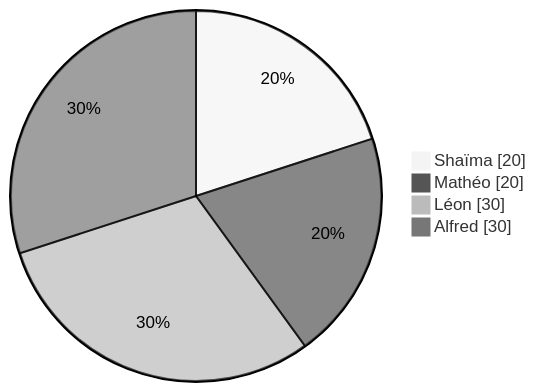
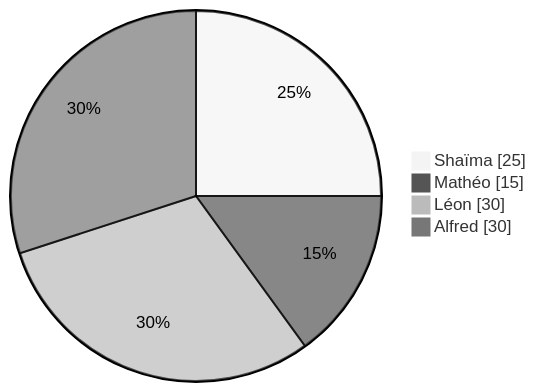
One commit to ING1-Paris/ece-world-paris-ing1-2022-2023-nintendeau changed the tenth of 10 diagrams in presentation/presentation.md. Above: the diagram before and after it, drawn with Mermaid. The commit also changed other lines of this file, not shown here.

```diff
--- a/presentation/presentation.md
+++ b/presentation/presentation.md
@@ -732,9 +710,9 @@
 <div class="mermaid">
 %%{init: {'theme':'neutral'}}%%
 pie showData
-    "Shaïma" : 20
-    "Mathéo" : 20
+    "Shaïma" : 25
+    "Mathéo" : 15
     "Léon" : 30
     "Alfred" : 30
     
 </div>
```
